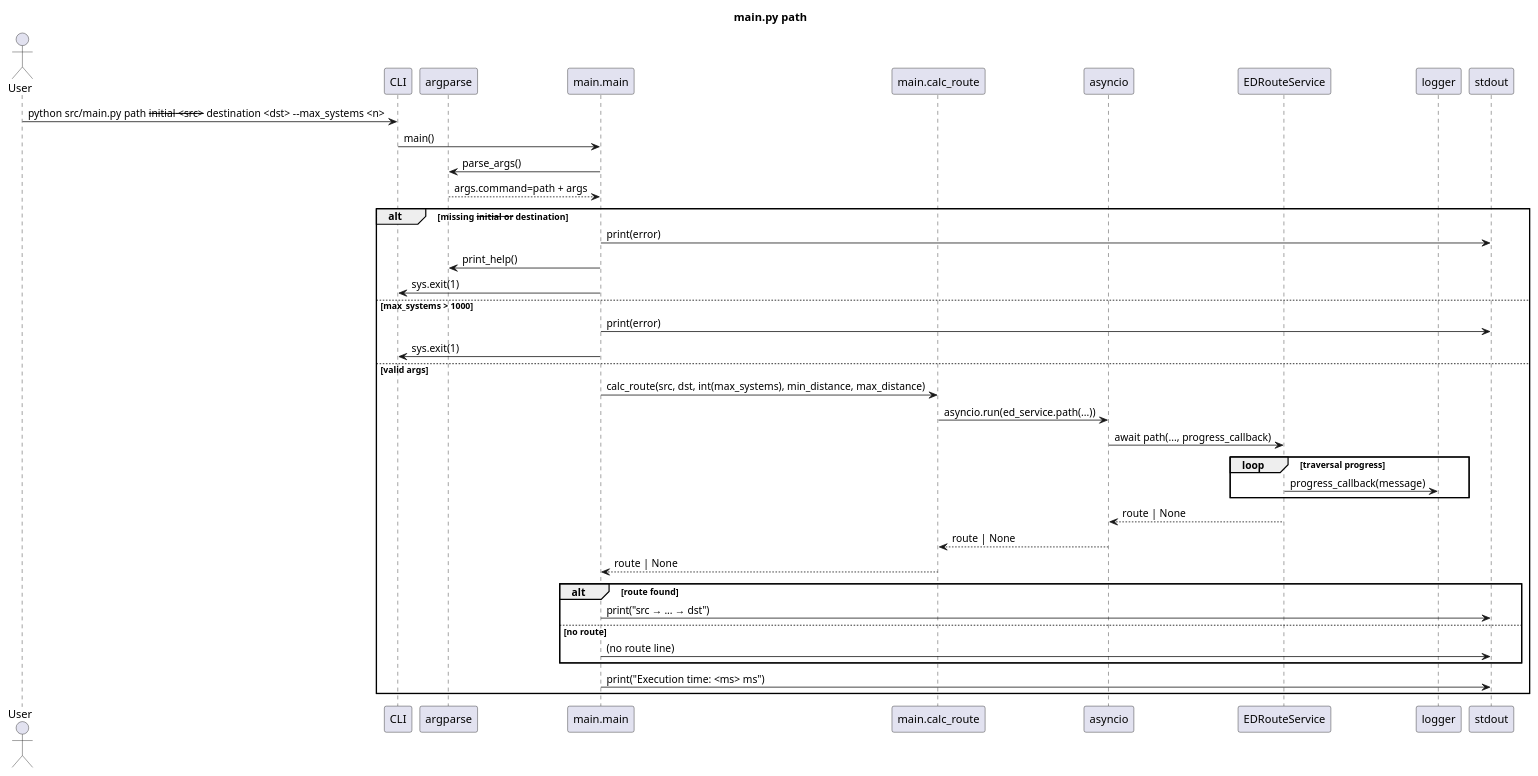
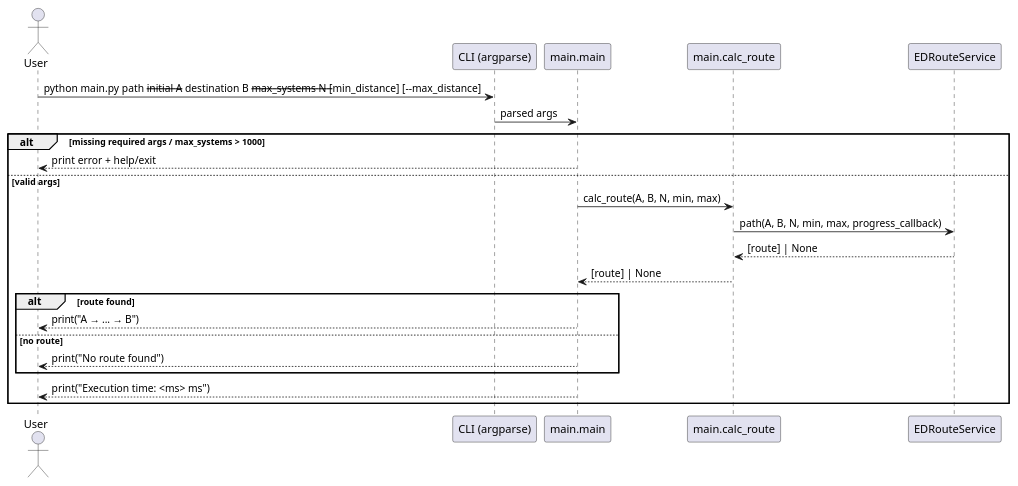
One commit to fazleskhan/elite_dangerous_discord_tools changed the third of 5 diagrams in docs/main_sequences.puml. Above: the diagram before and after it, drawn with PlantUML. The commit also changed other lines of this file and 30 other files, not shown here.

Commit message:
updated code comments, README.md, and sequence diagrams. Added new sequence diagrams for the initialization of EDRouteService in both discord_bot.py and main.py. blacked the source

```diff
--- a/docs/main_sequences.puml
+++ b/docs/main_sequences.puml
@@ -58,43 +36,27 @@
-@startuml Path Sequence Diagram
-title main.py path
-
+@startuml path
 actor User
-participant "CLI" as CLI
-participant "argparse" as Parser
+participant "CLI (argparse)" as CLI
 participant "main.main" as Main
 participant "main.calc_route" as CalcRoute
-participant "asyncio" as AsyncIO
-participant "EDRouteService" as Service
-participant "logger" as Logger
-participant "stdout" as Out
+participant "EDRouteService" as Route
 
-User -> CLI: python src/main.py path --initial <src> --destination <dst> --max_systems <n>
-CLI -> Main: main()
-Main -> Parser: parse_args()
-Parser --> Main: args.command=path + args
+User -> CLI : python main.py path --initial A --destination B --max_systems N [--min_distance] [--max_distance]
+CLI -> Main : parsed args
 
-alt missing --initial or --destination
-  Main -> Out: print(error)
-  Main -> Parser: print_help()
-  Main -> CLI: sys.exit(1)
-else max_systems > 1000
-  Main -> Out: print(error)
-  Main -> CLI: sys.exit(1)
+alt missing required args / max_systems > 1000
+  Main --> User : print error + help/exit
 else valid args
-  Main -> CalcRoute: calc_route(src, dst, int(max_systems), min_distance, max_distance)
-  CalcRoute -> AsyncIO: asyncio.run(ed_service.path(...))
-  AsyncIO -> Service: await path(..., progress_callback)
-  loop traversal progress
-    Service -> Logger: progress_callback(message)
+  Main -> CalcRoute : calc_route(A, B, N, min, max)
+  CalcRoute -> Route : path(A, B, N, min, max, progress_callback)
+  Route --> CalcRoute : [route] | None
+  CalcRoute --> Main : [route] | None
+
+  alt route found
+    Main --> User : print("A → ... → B")
+  else no route
+    Main --> User : print("No route found")
   end
-  Service --> AsyncIO: route | None
-  AsyncIO --> CalcRoute: route | None
-  CalcRoute --> Main: route | None
-  alt route found
-    Main -> Out: print("src → ... → dst")
-  else no route
-    Main -> Out: (no route line)
-  end
-  Main -> Out: print("Execution time: <ms> ms")
+
+  Main --> User : print("Execution time: <ms> ms")
 end
 @enduml
```
